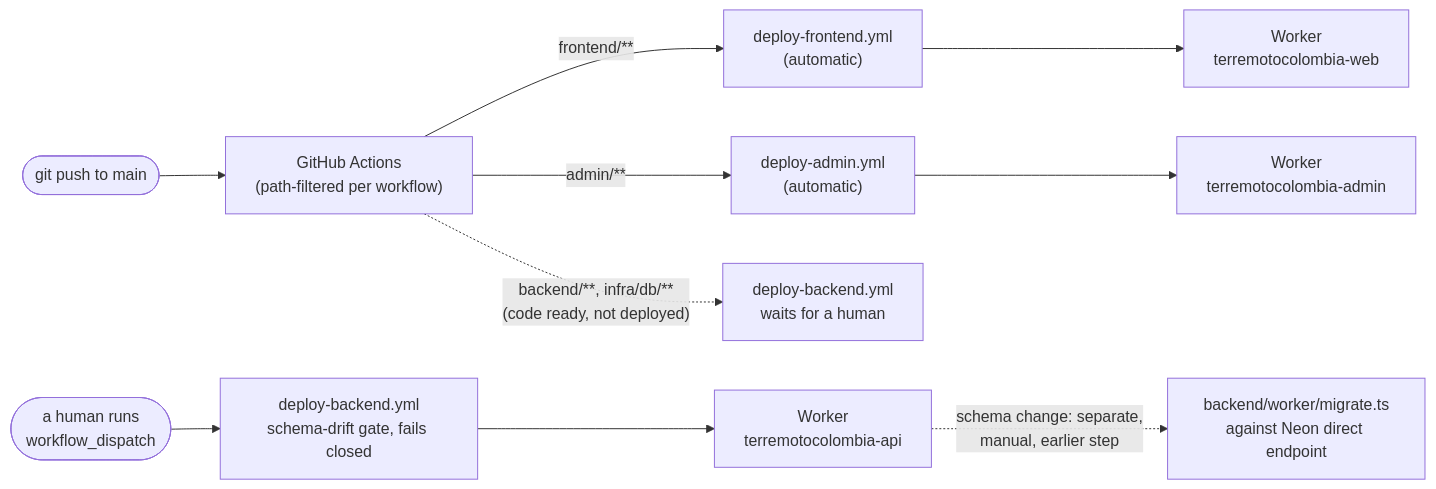
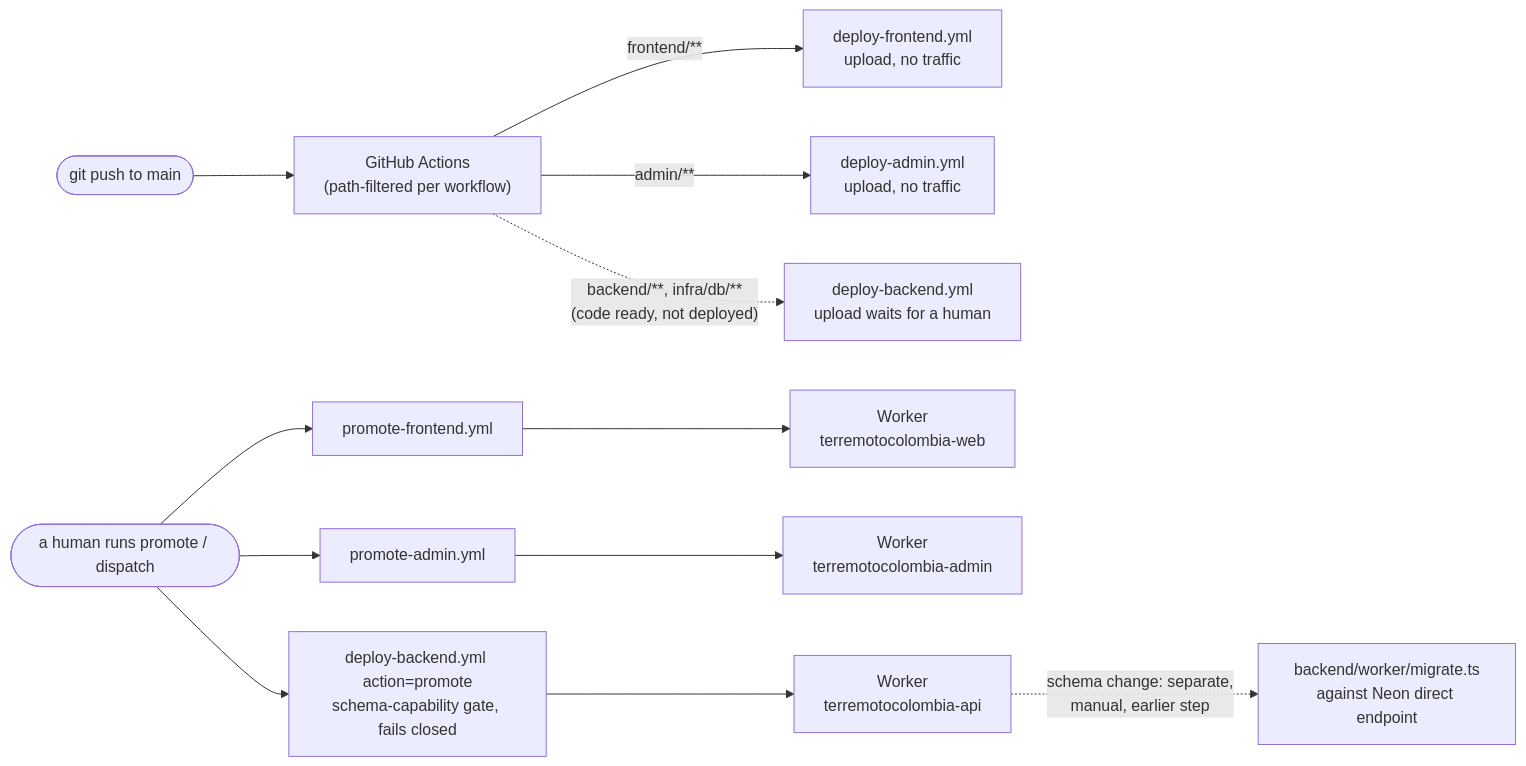
One commit to mallanet/Terremotocolombia changed the diagram in CLAUDE.md. Above: the diagram before and after it, drawn with Mermaid. The commit also changed other lines of this file and 59 other files, not shown here.

First line of the commit message:
Split production frontend and admin deploys into upload then promote.

````diff
--- a/CLAUDE.md
+++ b/CLAUDE.md
@@ -28,12 +28,14 @@
 ```mermaid
 flowchart LR
     push(["git push to main"]) --> gh["GitHub Actions\n(path-filtered per workflow)"]
-    gh -->|"frontend/**"| wf["deploy-frontend.yml\n(automatic)"]
-    gh -->|"admin/**"| wa["deploy-admin.yml\n(automatic)"]
-    gh -.->|"backend/**, infra/db/**\n(code ready, not deployed)"| wbReady["deploy-backend.yml\nwaits for a human"]
-    human(["a human runs\nworkflow_dispatch"]) --> wb["deploy-backend.yml\nschema-drift gate, fails closed"]
-    wf --> workerF["Worker\nterremotocolombia-web"]
-    wa --> workerA["Worker\nterremotocolombia-admin"]
+    gh -->|"frontend/**"| wf["deploy-frontend.yml\nupload, no traffic"]
+    gh -->|"admin/**"| wa["deploy-admin.yml\nupload, no traffic"]
+    gh -.->|"backend/**, infra/db/**\n(code ready, not deployed)"| wbReady["deploy-backend.yml\nupload waits for a human"]
+    human(["a human runs promote / dispatch"]) --> pf["promote-frontend.yml"]
+    human --> pa["promote-admin.yml"]
+    human --> wb["deploy-backend.yml action=promote\nschema-capability gate, fails closed"]
+    pf --> workerF["Worker\nterremotocolombia-web"]
+    pa --> workerA["Worker\nterremotocolombia-admin"]
     wb --> workerB["Worker\nterremotocolombia-api"]
     workerB -. "schema change: separate,\nmanual, earlier step" .-> migrate["backend/worker/migrate.ts\nagainst Neon direct endpoint"]
 ```
````
